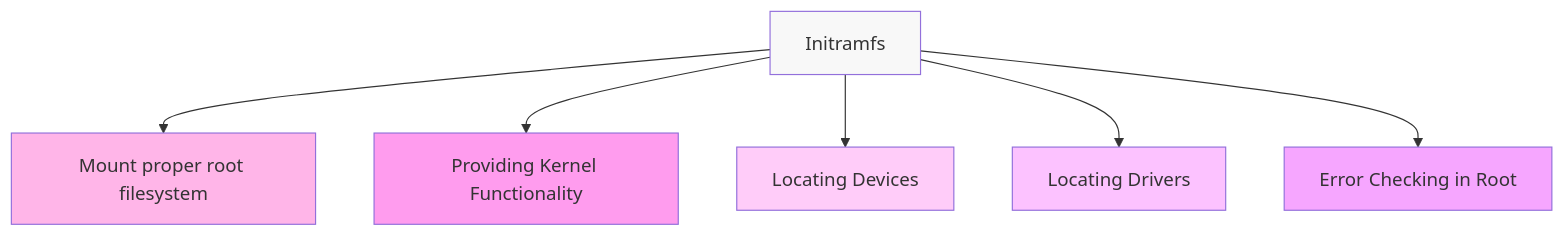
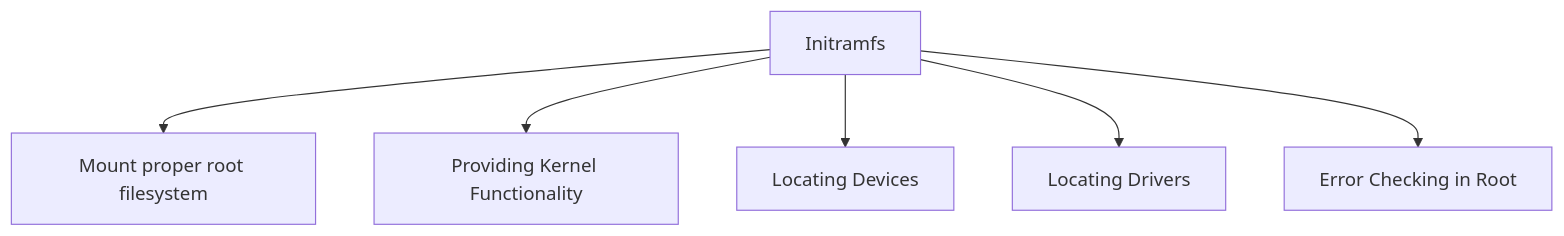
One commit to HorningGit/Rayquaza_Resources changed the third of 3 diagrams in tools/admin/linux/bootprocess.md. Above: the diagram before and after it, drawn with Mermaid. The commit also changed other lines of this file, not shown here.

````diff
--- a/tools/admin/linux/bootprocess.md
+++ b/tools/admin/linux/bootprocess.md
@@ -49,14 +45,8 @@
 ```mermaid
 flowchart TD;
     A[Initramfs]-->B[Mount proper root filesystem]
     A[Initramfs]-->C[Providing Kernel Functionality]
     A[Initramfs]-->D[Locating Devices]
     A[Initramfs]-->E[Locating Drivers]
     A[Initramfs]-->F[Error Checking in Root]
-    style A fill:#F8F8F8
-    style B fill:#FFB5E8
-    style C fill:#FF9CEE
-    style D fill:#FFCCF9
-    style E fill:#FCC2FF
-    style F fill:#F6A6FF
 ```
````
